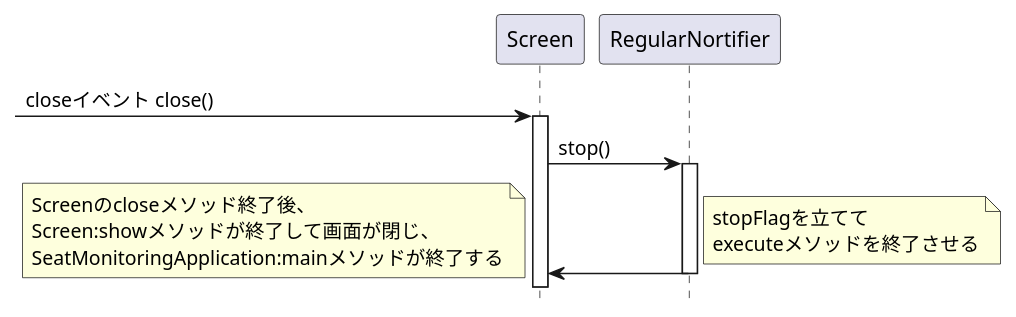
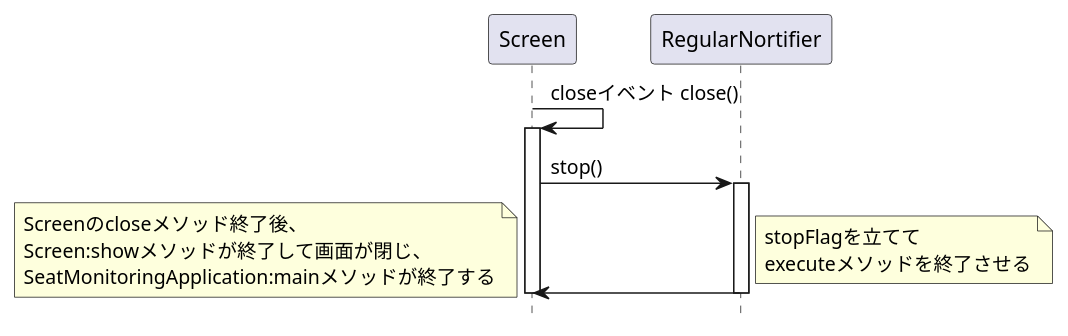
Before and after one commit to KeisukeSugita/Seat-monitoring-system: the diagram in doc/詳細設計/構成図(.pu)/システム終了シーケンス図.pu, drawn with PlantUML. The commit also changed 5 other files, not shown here.

```diff
--- a/doc/詳細設計/構成図(.pu)/システム終了シーケンス図.pu
+++ b/doc/詳細設計/構成図(.pu)/システム終了シーケンス図.pu
@@ -1,23 +1,24 @@
 @startuml システム終了シーケンス図
 hide footbox
 
 participant "Screen" as Screen
 participant "RegularNortifier" as RegularNortifier
 
--> Screen :closeイベント close()
+Screen -> Screen :closeイベント close()
 activate Screen
 Screen -> RegularNortifier :stop()
 activate RegularNortifier
 Screen <- RegularNortifier
 deactivate RegularNortifier
+deactivate Screen
 note right
 	stopFlagを立てて
 	executeメソッドを終了させる
 end note
 note left
 	Screenのcloseメソッド終了後、
 	Screen:showメソッドが終了して画面が閉じ、
 	SeatMonitoringApplication:mainメソッドが終了する
 end note
 
 @enduml
```
